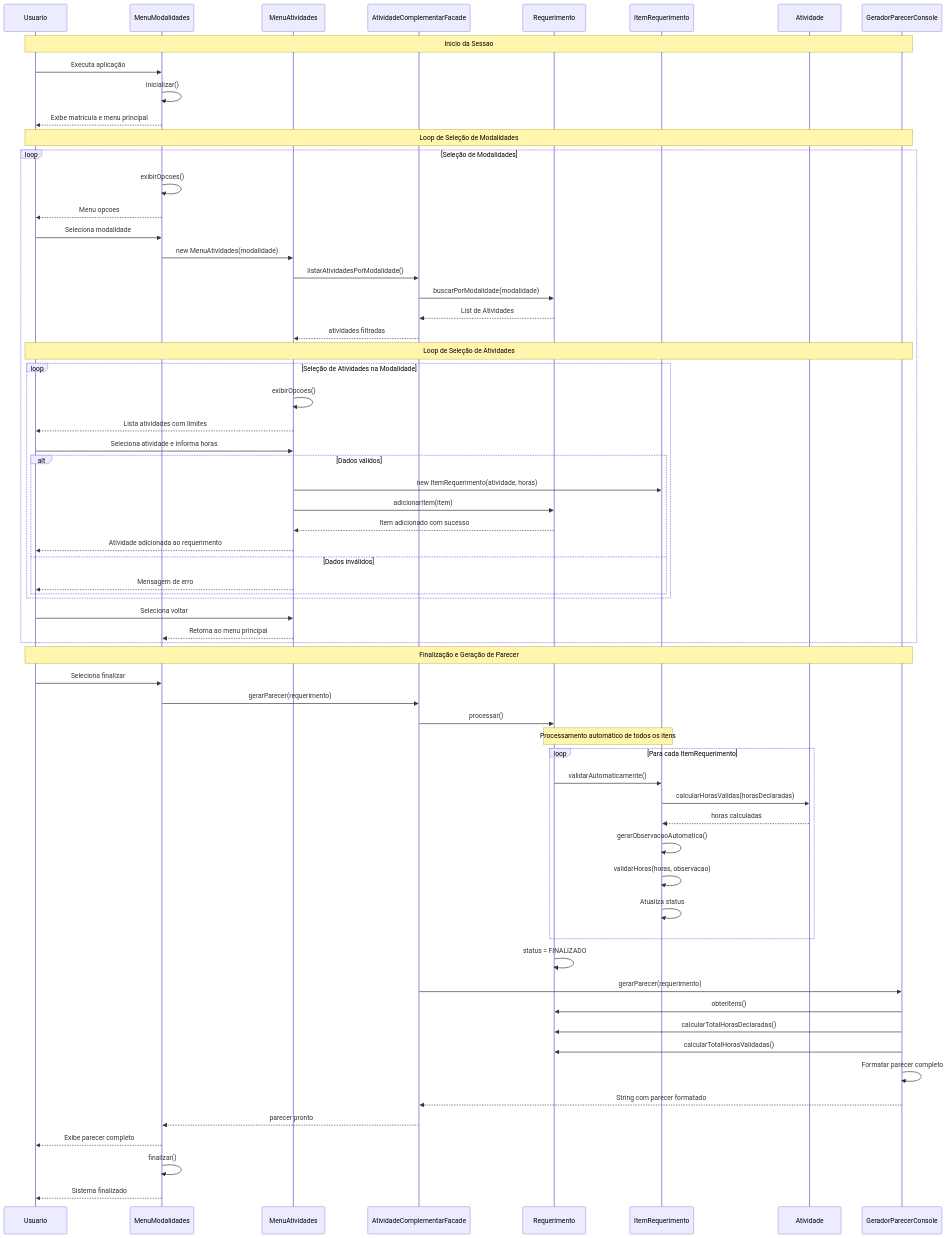
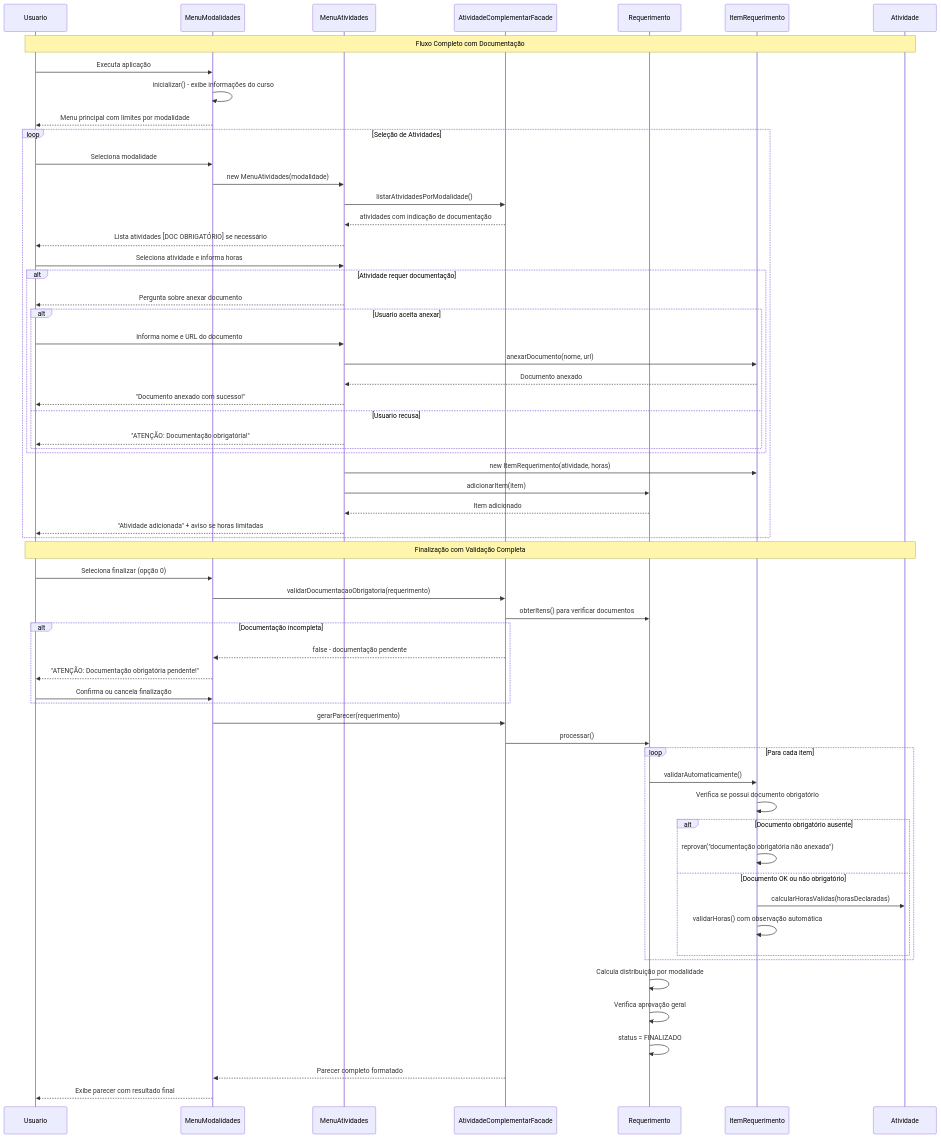
Before and after one commit to SorayaYF/Atividades-Complementares: the second of 3 diagrams in README.md, drawn with Mermaid. The commit also changed other lines of this file, not shown here.

````diff
--- a/README.md
+++ b/README.md
@@ -310,76 +200,74 @@
 ```mermaid
 sequenceDiagram
     participant U as Usuario
     participant MM as MenuModalidades
     participant MA as MenuAtividades
     participant F as AtividadeComplementarFacade
     participant R as Requerimento
     participant IR as ItemRequerimento
     participant A as Atividade
-    participant GP as GeradorParecerConsole
 
-    Note over U,GP: Inicio da Sessao
+    Note over U,A: Fluxo Completo com Documentação
     U->>MM: Executa aplicação
-    MM->>MM: inicializar()
-    MM-->>U: Exibe matrícula e menu principal
+    MM->>MM: inicializar() - exibe informações do curso
+    MM-->>U: Menu principal com limites por modalidade
 
-    Note over U,GP: Loop de Seleção de Modalidades
-    loop Seleção de Modalidades
-        MM->>MM: exibirOpcoes()
-        MM-->>U: Menu opcoes
+    loop Seleção de Atividades
         U->>MM: Seleciona modalidade
-        
         MM->>MA: new MenuAtividades(modalidade)
         MA->>F: listarAtividadesPorModalidade()
-        F->>R: buscarPorModalidade(modalidade)
-        R-->>F: List de Atividades
-        F-->>MA: atividades filtradas
+        F-->>MA: atividades com indicação de documentação
         
-        Note over U,GP: Loop de Seleção de Atividades
-        loop Seleção de Atividades na Modalidade
-            MA->>MA: exibirOpcoes()
-            MA-->>U: Lista atividades com limites
-            U->>MA: Seleciona atividade e informa horas
-            
-            alt Dados válidos
-                MA->>IR: new ItemRequerimento(atividade, horas)
-                MA->>R: adicionarItem(item)
-                R-->>MA: Item adicionado com sucesso
-                MA-->>U: Atividade adicionada ao requerimento
-            else Dados inválidos
-                MA-->>U: Mensagem de erro
+        MA-->>U: Lista atividades [DOC OBRIGATÓRIO] se necessário
+        U->>MA: Seleciona atividade e informa horas
+        
+        alt Atividade requer documentação
+            MA-->>U: Pergunta sobre anexar documento
+            alt Usuario aceita anexar
+                U->>MA: Informa nome e URL do documento
+                MA->>IR: anexarDocumento(nome, url)
+                IR-->>MA: Documento anexado
+                MA-->>U: "Documento anexado com sucesso!"
+            else Usuario recusa
+                MA-->>U: "ATENÇÃO: Documentação obrigatória!"
             end
         end
         
-        U->>MA: Seleciona voltar
-        MA-->>MM: Retorna ao menu principal
+        MA->>IR: new ItemRequerimento(atividade, horas)
+        MA->>R: adicionarItem(item)
+        R-->>MA: Item adicionado
+        MA-->>U: "Atividade adicionada" + aviso se horas limitadas
     end
 
-    Note over U,GP: Finalização e Geração de Parecer
-    U->>MM: Seleciona finalizar
+    Note over U,A: Finalização com Validação Completa
+    U->>MM: Seleciona finalizar (opção 0)
+    MM->>F: validarDocumentacaoObrigatoria(requerimento)
+    F->>R: obterItens() para verificar documentos
+    
+    alt Documentação incompleta
+        F-->>MM: false - documentação pendente
+        MM-->>U: "ATENÇÃO: Documentação obrigatória pendente!"
+        U->>MM: Confirma ou cancela finalização
+    end
+    
     MM->>F: gerarParecer(requerimento)
+    F->>R: processar()
     
-    F->>R: processar()
-    Note over R,IR: Processamento automático de todos os itens
-    loop Para cada ItemRequerimento
+    loop Para cada item
         R->>IR: validarAutomaticamente()
-        IR->>A: calcularHorasValidas(horasDeclaradas)
-        A-->>IR: horas calculadas
-        IR->>IR: gerarObservacaoAutomatica()
-        IR->>IR: validarHoras(horas, observacao)
-        IR->>IR: Atualiza status
+        IR->>IR: Verifica se possui documento obrigatório
+        alt Documento obrigatório ausente
+            IR->>IR: reprovar("documentação obrigatória não anexada")
+        else Documento OK ou não obrigatório
+            IR->>A: calcularHorasValidas(horasDeclaradas)
+            IR->>IR: validarHoras() com observação automática
+        end
     end
+    
+    R->>R: Calcula distribuição por modalidade
+    R->>R: Verifica aprovação geral
     R->>R: status = FINALIZADO
     
-    F->>GP: gerarParecer(requerimento)
-    GP->>R: obterItens()
-    GP->>R: calcularTotalHorasDeclaradas()
-    GP->>R: calcularTotalHorasValidadas()
-    GP->>GP: Formatar parecer completo
-    GP-->>F: String com parecer formatado
-    F-->>MM: parecer pronto
-    MM-->>U: Exibe parecer completo
-    
-    MM->>MM: finalizar()
-    MM-->>U: Sistema finalizado
+    F-->>MM: Parecer completo formatado
+    MM-->>U: Exibe parecer com resultado final
 ```
````
